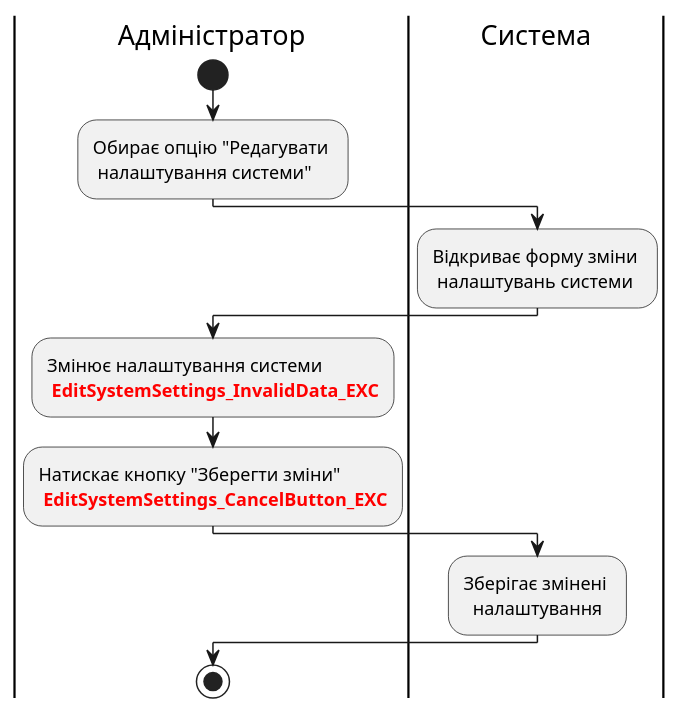
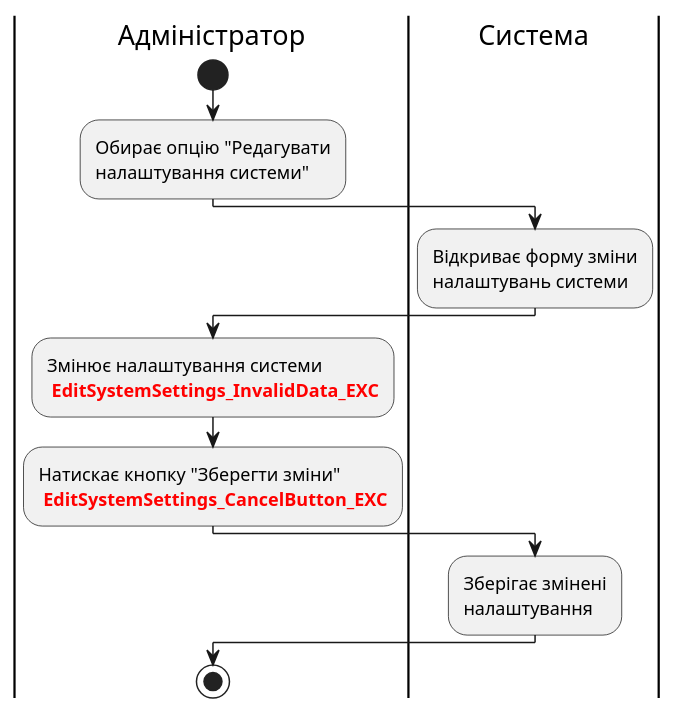
Diagram 16 of 16 in docs/use cases/README.md (boldak/edu-db-cw), drawn with PlantUML before and after one commit. The commit also changed other lines of this file, not shown here.

```diff
--- a/docs/use cases/README.md
+++ b/docs/use cases/README.md
@@ -1233,22 +1233,22 @@
 @startuml
 
 |Адміністратор|
 start;
-:Обирає опцію "Редагувати \n налаштування системи";
+:Обирає опцію "Редагувати\nналаштування системи";
 
 |Система|
-:Відкриває форму зміни \n налаштувань системи;
+:Відкриває форму зміни\nналаштувань системи;
 
 |Адміністратор|
 :Змінює налаштування системи
 <font color="red"><b> EditSystemSettings_InvalidData_EXC;
 :Натискає кнопку "Зберегти зміни"
 <font color="red"><b> EditSystemSettings_CancelButton_EXC;
 
 |Система|
-:Зберігає змінені \n  налаштування;
+:Зберігає змінені\nналаштування;
 
 |Адміністратор|
 stop;
 
 @enduml
```
